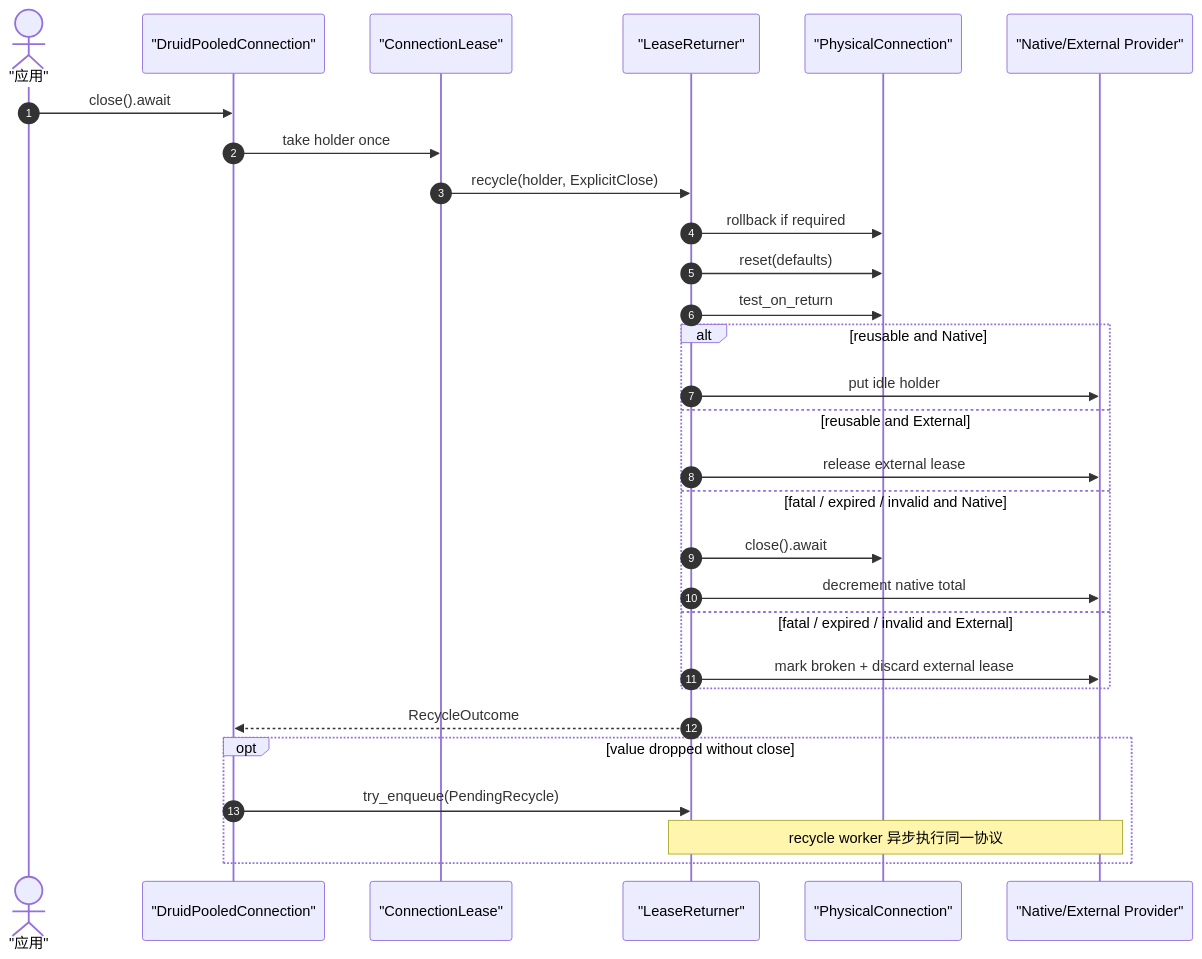
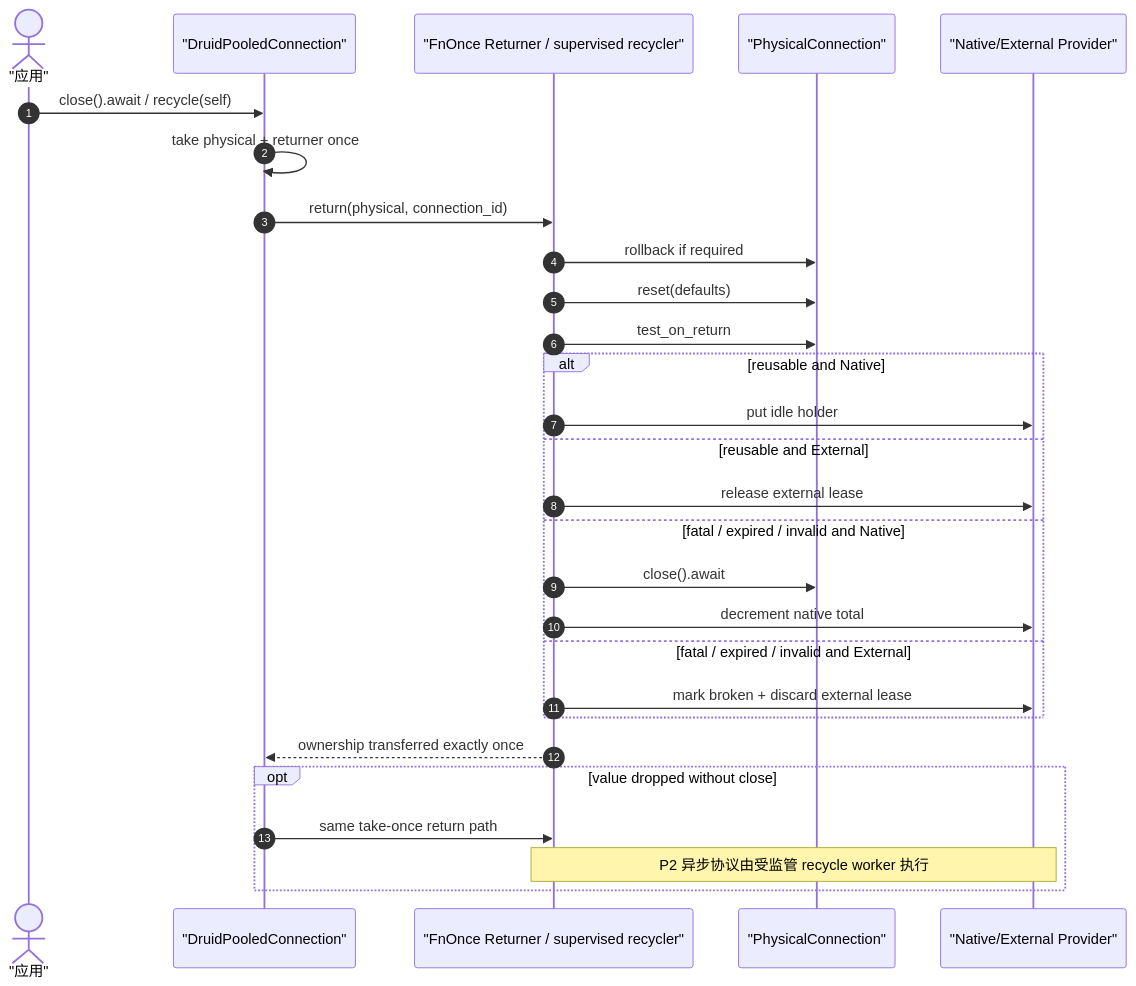
One commit to easy-4-rust/druid-rust changed the fifth of 7 diagrams in doc/migration/5、连接抽象与驱动适配架构.md. Above: the diagram before and after it, drawn with Mermaid. The commit also changed other lines of this file and 45 other files, not shown here.

````diff
--- a/doc/migration/5、连接抽象与驱动适配架构.md
+++ b/doc/migration/5、连接抽象与驱动适配架构.md
@@ -498,33 +521,32 @@
 ```mermaid
 sequenceDiagram
     autonumber
     actor App as "应用"
     participant Pooled as "DruidPooledConnection"
-    participant Lease as "ConnectionLease"
-    participant Returner as "LeaseReturner"
+    participant Returner as "FnOnce Returner / supervised recycler"
     participant Physical as "PhysicalConnection"
     participant Provider as "Native/External Provider"
 
-    App->>Pooled: close().await
-    Pooled->>Lease: take holder once
-    Lease->>Returner: recycle(holder, ExplicitClose)
+    App->>Pooled: close().await / recycle(self)
+    Pooled->>Pooled: take physical + returner once
+    Pooled->>Returner: return(physical, connection_id)
     Returner->>Physical: rollback if required
     Returner->>Physical: reset(defaults)
     Returner->>Physical: test_on_return
     alt reusable and Native
         Returner->>Provider: put idle holder
     else reusable and External
         Returner->>Provider: release external lease
     else fatal / expired / invalid and Native
         Returner->>Physical: close().await
         Returner->>Provider: decrement native total
     else fatal / expired / invalid and External
         Returner->>Provider: mark broken + discard external lease
     end
-    Returner-->>Pooled: RecycleOutcome
+    Returner-->>Pooled: ownership transferred exactly once
 
     opt value dropped without close
-        Pooled->>Returner: try_enqueue(PendingRecycle)
-        Note over Returner,Provider: recycle worker 异步执行同一协议
+        Pooled->>Returner: same take-once return path
+        Note over Returner,Provider: P2 异步协议由受监管 recycle worker 执行
     end
 ```
````
